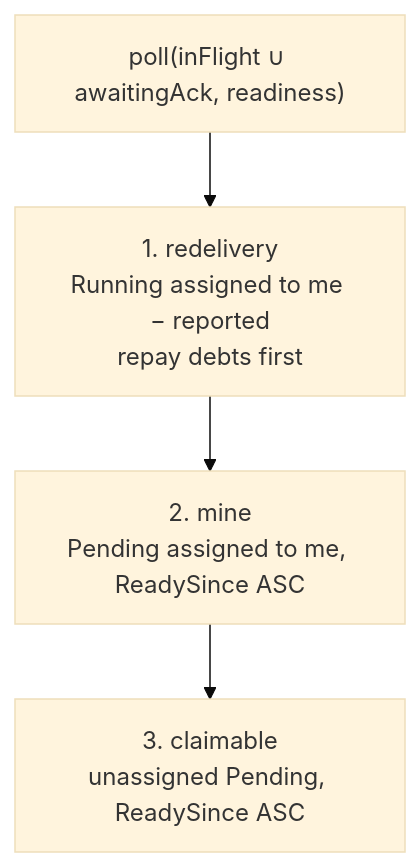
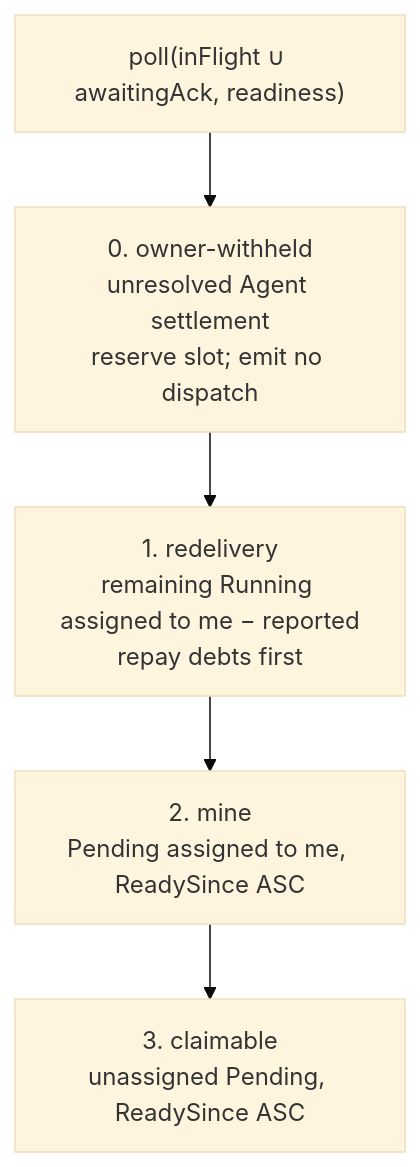
The third of 7 diagrams in design/runner.md (suraciii/mohist), drawn with Mermaid (base theme) before and after one commit. The commit also changed other lines of this file and 15 other files, not shown here.

Commit message:
fix: withhold unresolved agent dispatches (#821)

````diff
--- a/design/runner.md
+++ b/design/runner.md
@@ -78,6 +80,7 @@
 ```mermaid
 flowchart TD
-    P["poll(inFlight ∪ awaitingAck, readiness)"] --> R1["1. redelivery<br/>Running assigned to me − reported<br/>repay debts first"]
+    P["poll(inFlight ∪ awaitingAck, readiness)"] --> W["0. owner-withheld<br/>unresolved Agent settlement<br/>reserve slot; emit no dispatch"]
+    W --> R1["1. redelivery<br/>remaining Running assigned to me − reported<br/>repay debts first"]
     R1 --> R2["2. mine<br/>Pending assigned to me, ReadySince ASC"]
     R2 --> R3["3. claimable<br/>unassigned Pending, ReadySince ASC"]
 ```
````
